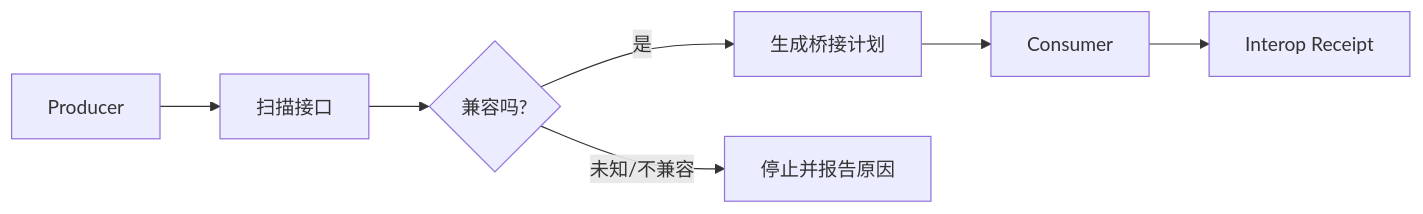
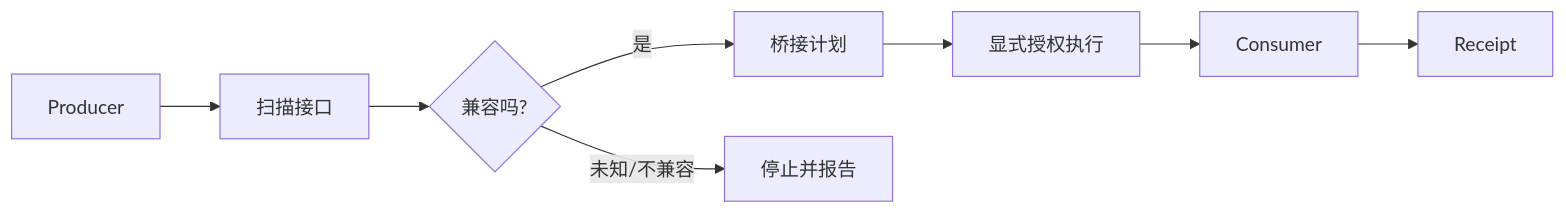
One commit to xingxuling/OPP changed the diagram in README.md. Above: the diagram before and after it, drawn with Mermaid. The commit also changed other lines of this file and 3 other files, not shown here.

First line of the commit message:
docs: add public demo, architecture and real-world examples (#2)

````diff
--- a/README.md
+++ b/README.md
@@ -90,9 +57,10 @@
 ```mermaid
 flowchart LR
     A[Producer] --> B[扫描接口]
     B --> C{兼容吗?}
-    C -->|是| D[生成桥接计划]
-    C -->|未知/不兼容| E[停止并报告原因]
-    D --> F[Consumer]
-    F --> G[Interop Receipt]
+    C -->|是| D[桥接计划]
+    C -->|未知/不兼容| E[停止并报告]
+    D --> F[显式授权执行]
+    F --> G[Consumer]
+    G --> H[Receipt]
 ```
````
